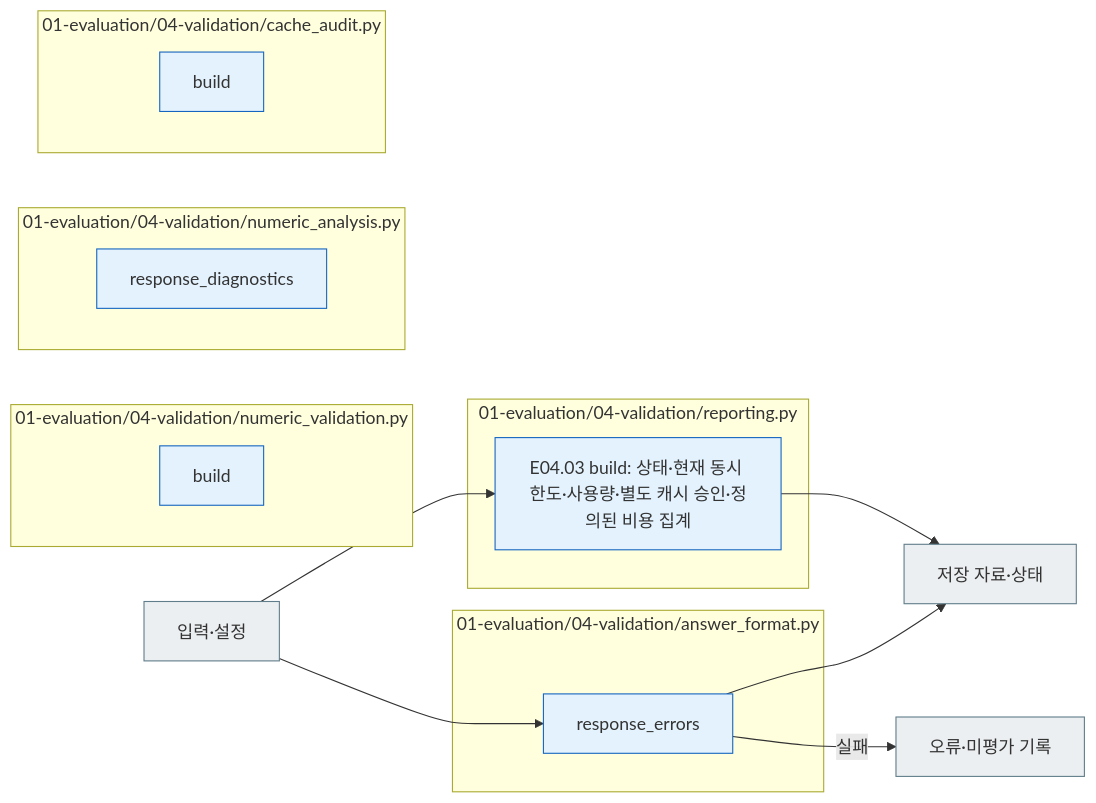
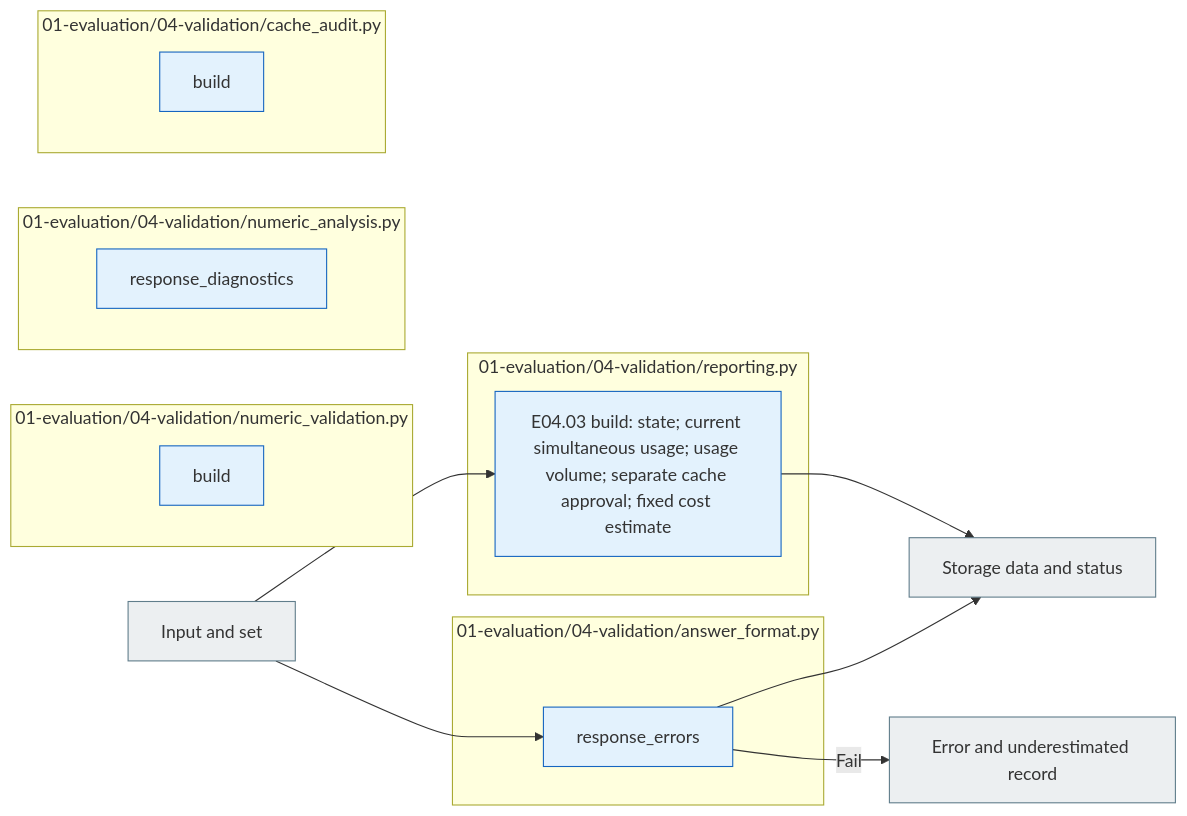
The diagram in src/finarch/experiments/01-evaluation/04-validation/README.md (pnu-clink/finject), drawn with Mermaid before and after one commit. The commit also changed other lines of this file and 644 other files, not shown here.

````diff
--- a/src/finarch/experiments/01-evaluation/04-validation/README.md
+++ b/src/finarch/experiments/01-evaluation/04-validation/README.md
@@ -34,27 +34,27 @@
 ```mermaid
 flowchart LR
- IN["입력·설정"]
+ IN["Input and set"]
  subgraph F0["01-evaluation/04-validation/answer_format.py"]
   N0["response_errors"]
  end
  subgraph F1["01-evaluation/04-validation/reporting.py"]
-  N1["E04.03 build: 상태·현재 동시 한도·사용량·별도 캐시 승인·정의된 비용 집계"]
+  N1["E04.03 build: state; current simultaneous usage; usage volume; separate cache approval; fixed cost estimate"]
  end
  subgraph F2["01-evaluation/04-validation/numeric_validation.py"]
   N2["build"]
  end
  subgraph F3["01-evaluation/04-validation/numeric_analysis.py"]
   N3["response_diagnostics"]
  end
  subgraph F4["01-evaluation/04-validation/cache_audit.py"]
   N4["build"]
  end
  IN --> N0
  IN --> N1 --> OUT
- N0 --> OUT["저장 자료·상태"]
- N0 -->|실패| ERR["오류·미평가 기록"]
+ N0 --> OUT["Storage data and status"]
+ N0 -->|Fail| ERR["Error and underestimated record"]
  classDef python fill:#e3f2fd,stroke:#1565c0;
  classDef file fill:#eceff1,stroke:#607d8b;
  class N0,N1,N2,N3,N4 python;
  class IN,OUT,ERR file;
 ```
````
